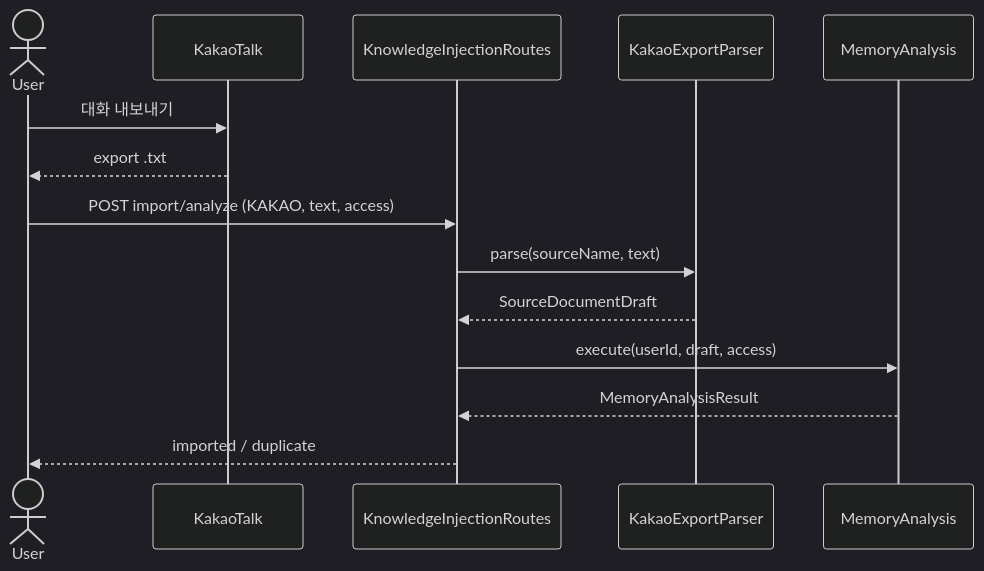
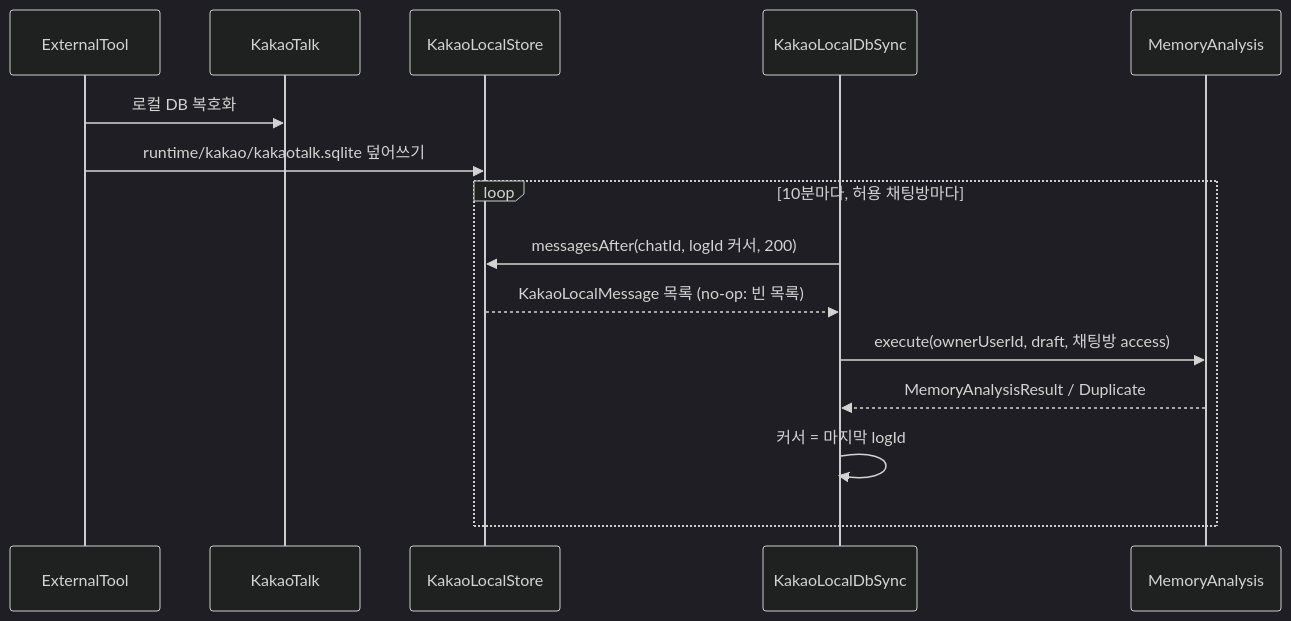
Before and after one commit to magenta1223/home_assistant: the first of 2 diagrams in adapter-inbound/src/main/kotlin/com/homeassistant/adapter/inbound/kakao/localdb/README.md, drawn with Mermaid (dark theme). The commit also changed other lines of this file and 15 other files, not shown here.

First line of the commit message:
feat: collect Kakao chats from KakaoTalk's own exports instead of the local DB

````diff
--- a/adapter-inbound/src/main/kotlin/com/homeassistant/adapter/inbound/kakao/localdb/README.md
+++ b/adapter-inbound/src/main/kotlin/com/homeassistant/adapter/inbound/kakao/localdb/README.md
@@ -46,17 +50,18 @@
 ```mermaid
 sequenceDiagram
-    actor User
+    participant ExternalTool
     participant KakaoTalk
-    participant KnowledgeInjectionRoutes
-    participant KakaoExportParser
+    participant KakaoLocalStore
+    participant KakaoLocalDbSync
     participant MemoryAnalysis
 
-    User->>KakaoTalk: 대화 내보내기
-    KakaoTalk-->>User: export .txt
-    User->>KnowledgeInjectionRoutes: POST import/analyze (KAKAO, text, access)
-    KnowledgeInjectionRoutes->>KakaoExportParser: parse(sourceName, text)
-    KakaoExportParser-->>KnowledgeInjectionRoutes: SourceDocumentDraft
-    KnowledgeInjectionRoutes->>MemoryAnalysis: execute(userId, draft, access)
-    MemoryAnalysis-->>KnowledgeInjectionRoutes: MemoryAnalysisResult
-    KnowledgeInjectionRoutes-->>User: imported / duplicate
+    ExternalTool->>KakaoTalk: 로컬 DB 복호화
+    ExternalTool->>KakaoLocalStore: runtime/kakao/kakaotalk.sqlite 덮어쓰기
+    loop 10분마다, 허용 채팅방마다
+        KakaoLocalDbSync->>KakaoLocalStore: messagesAfter(chatId, logId 커서, 200)
+        KakaoLocalStore-->>KakaoLocalDbSync: KakaoLocalMessage 목록 (no-op: 빈 목록)
+        KakaoLocalDbSync->>MemoryAnalysis: execute(ownerUserId, draft, 채팅방 access)
+        MemoryAnalysis-->>KakaoLocalDbSync: MemoryAnalysisResult / Duplicate
+        KakaoLocalDbSync->>KakaoLocalDbSync: 커서 = 마지막 logId
+    end
 ```
````
